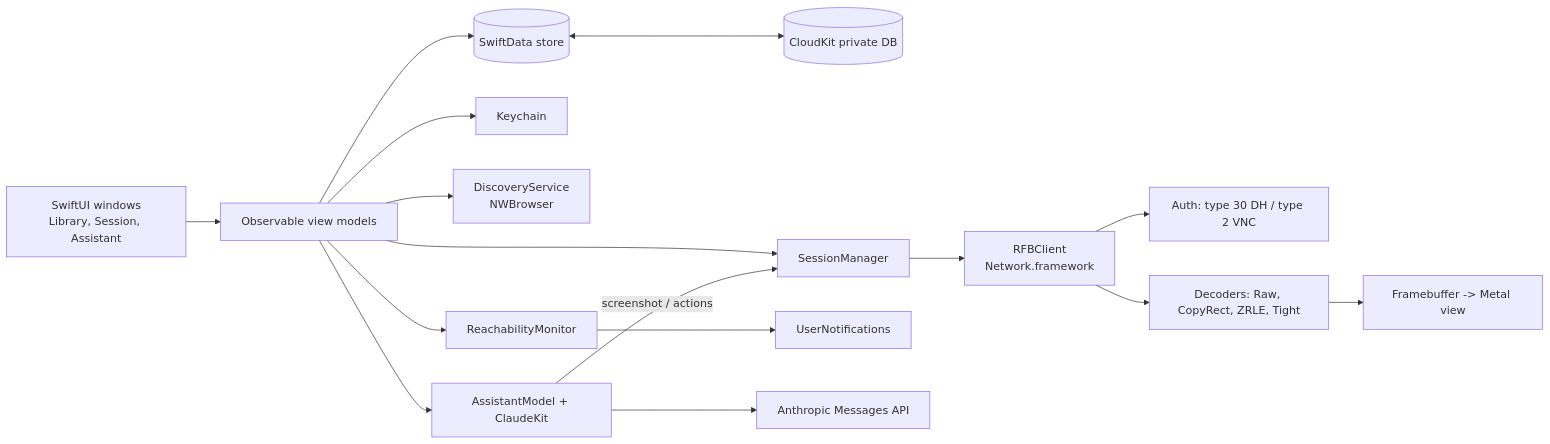
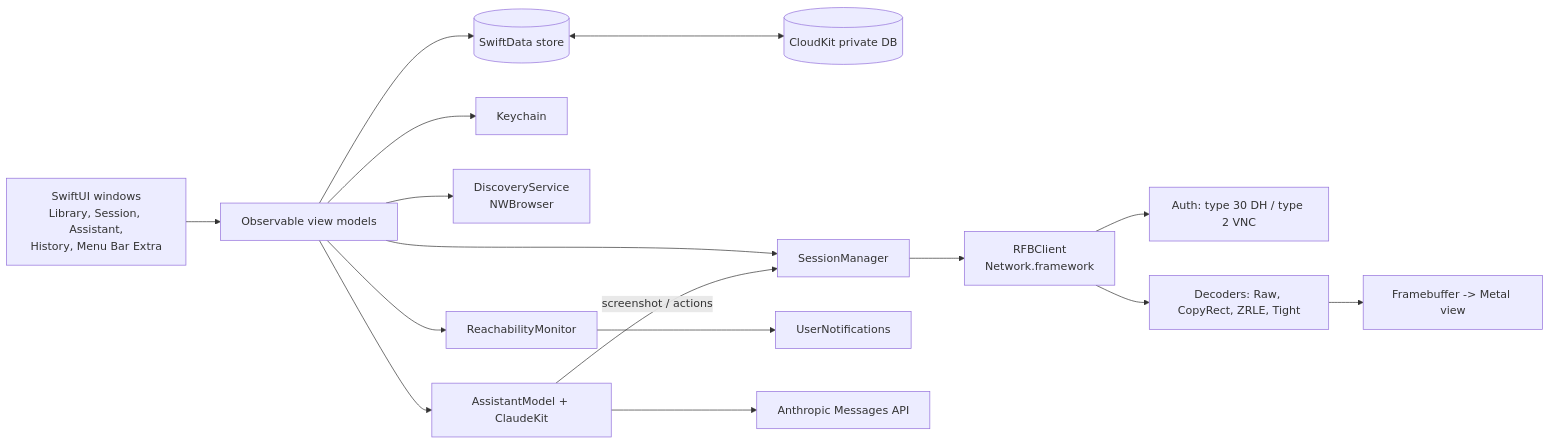
The diagram in TRD.md (vincentlauriat/RemoteDeck), drawn with Mermaid before and after one commit. The commit also changed other lines of this file and 18 other files, not shown here.

First line of the commit message:
feat: add session history, 30-day summary, CSV export and menu bar recents (T4.6) (#19)

````diff
--- a/TRD.md
+++ b/TRD.md
@@ -43,16 +43,16 @@
 ```mermaid
 flowchart LR
-  UI[SwiftUI windows<br/>Library, Session, Assistant] --> VM[Observable view models]
+  UI[SwiftUI windows<br/>Library, Session, Assistant,<br/>History, Menu Bar Extra] --> VM[Observable view models]
   VM --> Store[(SwiftData store)]
   Store <--> CK[(CloudKit private DB)]
   VM --> KC[Keychain]
   VM --> SM[SessionManager]
   SM --> RFB[RFBClient<br/>Network.framework]
   RFB --> Auth[Auth: type 30 DH / type 2 VNC]
   RFB --> Dec[Decoders: Raw, CopyRect, ZRLE, Tight]
   Dec --> FB[Framebuffer -> Metal view]
   VM --> Disc[DiscoveryService<br/>NWBrowser]
   VM --> Mon[ReachabilityMonitor] --> Notif[UserNotifications]
   VM --> CA[AssistantModel + ClaudeKit] --> API[Anthropic Messages API]
   CA -- screenshot / actions --> SM
 ```
````
